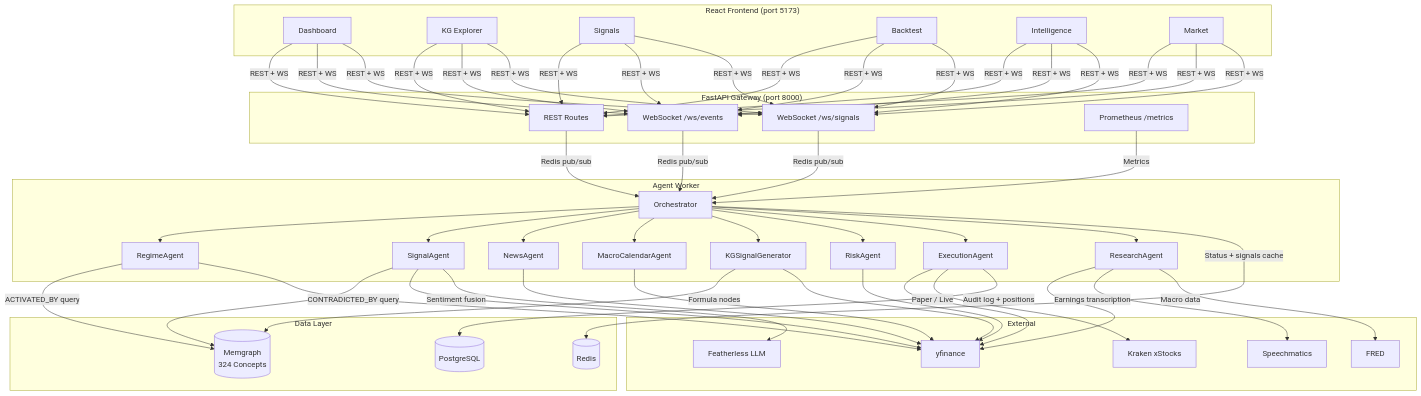
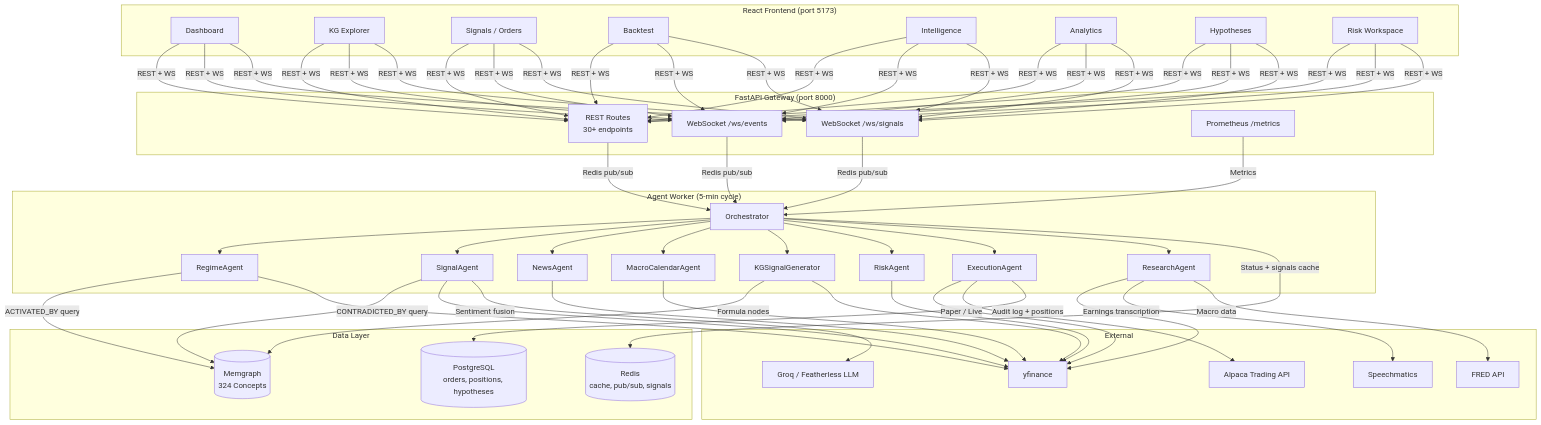
Before and after one commit to Godwin-88/sturdy-couscous: the first of 7 diagrams in README.md, drawn with Mermaid. The commit also changed other lines of this file and 67 other files, not shown here.

Commit message:
feat: alpaca trading api; goal ; 5 trades by agents by the end of the day.

````diff
--- a/README.md
+++ b/README.md
@@ -11,58 +137,60 @@
 ```mermaid
 graph TB
     subgraph Frontend["React Frontend (port 5173)"]
         F1[Dashboard]
         F2[KG Explorer]
-        F3[Signals]
+        F3[Signals / Orders]
         F4[Backtest]
         F5[Intelligence]
-        F6[Market]
+        F6[Analytics]
+        F7[Hypotheses]
+        F8[Risk Workspace]
     end
 
     subgraph API["FastAPI Gateway (port 8000)"]
-        A1[REST Routes]
+        A1[REST Routes<br/>30+ endpoints]
         A2[WebSocket /ws/events]
         A3[WebSocket /ws/signals]
         A4[Prometheus /metrics]
     end
 
-    subgraph Agent["Agent Worker"]
+    subgraph Agent["Agent Worker (5-min cycle)"]
         O[Orchestrator]
         O --> R[RegimeAgent]
         O --> S[SignalAgent]
         O --> N[NewsAgent]
         O --> M[MacroCalendarAgent]
         O --> K[KGSignalGenerator]
         O --> RI[RiskAgent]
         O --> E[ExecutionAgent]
         O --> RS[ResearchAgent]
     end
 
     subgraph Data["Data Layer"]
         MG[(Memgraph<br/>324 Concepts)]
-        PG[(PostgreSQL)]
-        RD[(Redis)]
+        PG[(PostgreSQL<br/>orders, positions, hypotheses)]
+        RD[(Redis<br/>cache, pub/sub, signals)]
     end
 
     subgraph External["External"]
         YF[yfinance]
-        KL[Kraken xStocks]
-        FL[Featherless LLM]
+        AP[Alpaca Trading API]
+        LLM[Groq / Featherless LLM]
         SM[Speechmatics]
-        FR[FRED]
+        FR[FRED API]
     end
 
-    F1 & F2 & F3 & F4 & F5 & F6 -->|REST + WS| A1 & A2 & A3
+    F1 & F2 & F3 & F4 & F5 & F6 & F7 & F8 -->|REST + WS| A1 & A2 & A3
     A1 & A2 & A3 -->|Redis pub/sub| O
     R -->|ACTIVATED_BY query| MG
     S -->|CONTRADICTED_BY query| MG
     K -->|Formula nodes| MG
     R & S & RI & E & RS & N & M & K --> YF
-    E -->|Paper / Live| KL
-    S -->|Sentiment fusion| FL
+    E -->|Paper / Live| AP
+    S -->|Sentiment fusion| LLM
     RS -->|Earnings transcription| SM
     RS -->|Macro data| FR
     E -->|Audit log + positions| PG
     O -->|Status + signals cache| RD
     A4 -->|Metrics| O
 ```
````
